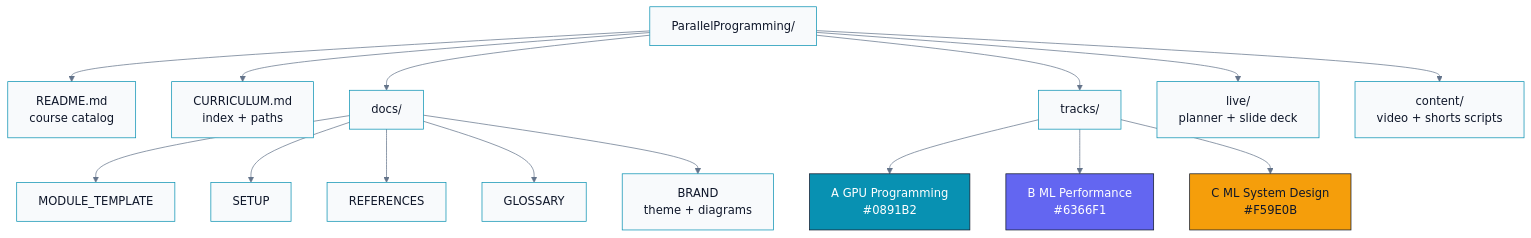
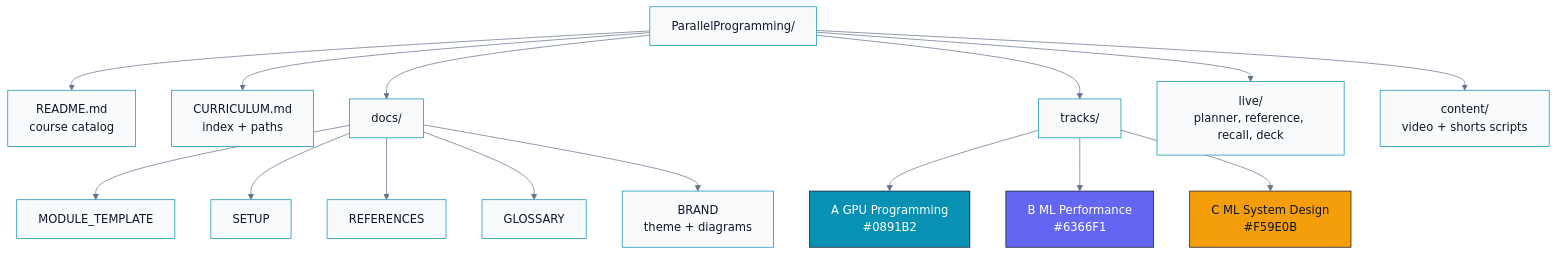
Before and after one commit to gahan9/ParallelProgramming: the first of 3 diagrams in README.md, drawn with Mermaid. The commit also changed other lines of this file and 30 other files, not shown here.

````diff
--- a/README.md
+++ b/README.md
@@ -33,31 +33,31 @@
 ```mermaid
 %%{init: {'theme': 'base', 'themeVariables': {'primaryColor': '#F8FAFC', 'primaryBorderColor': '#0891B2', 'lineColor': '#64748B'}}}%%
 flowchart TB
   ROOT["ParallelProgramming/"]
 
   ROOT --> README["README.md<br/>course catalog"]
   ROOT --> CURR["CURRICULUM.md<br/>index + paths"]
   ROOT --> DOCS["docs/"]
   ROOT --> TRACKS["tracks/"]
-  ROOT --> LIVE["live/<br/>planner + slide deck"]
+  ROOT --> LIVE["live/<br/>planner, reference, recall, deck"]
   ROOT --> CONTENT["content/<br/>video + shorts scripts"]
 
   DOCS --> MT["MODULE_TEMPLATE"]
   DOCS --> SETUP["SETUP"]
   DOCS --> REF["REFERENCES"]
   DOCS --> GLOSS["GLOSSARY"]
   DOCS --> BRAND["BRAND<br/>theme + diagrams"]
 
   TRACKS --> TA["A GPU Programming<br/>#0891B2"]
   TRACKS --> TB2["B ML Performance<br/>#6366F1"]
   TRACKS --> TC["C ML System Design<br/>#F59E0B"]
 
   classDef trackA fill:#0891B2,stroke:#0F172A,color:#fff
   classDef trackB fill:#6366F1,stroke:#0F172A,color:#fff
   classDef trackC fill:#F59E0B,stroke:#0F172A,color:#0F172A
   classDef neutral fill:#F8FAFC,stroke:#0891B2,color:#0F172A
   class TA trackA
   class TB2 trackB
   class TC trackC
   class ROOT,README,CURR,DOCS,TRACKS,LIVE,CONTENT,MT,SETUP,REF,GLOSS,BRAND neutral
 ```
````
